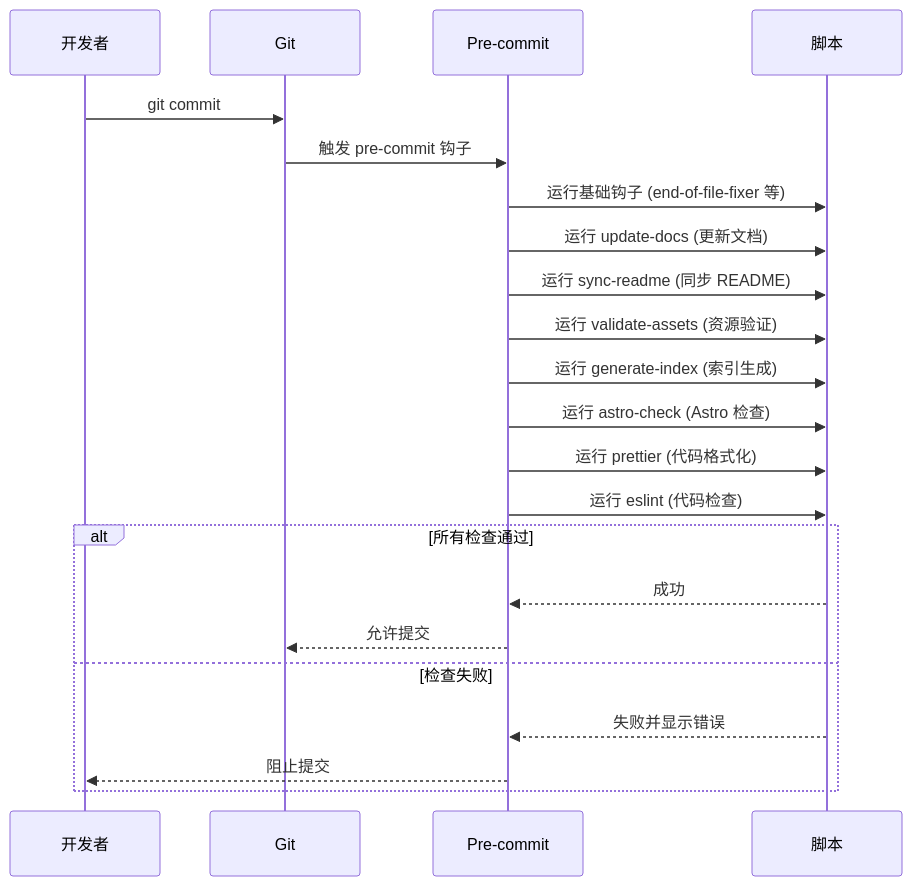
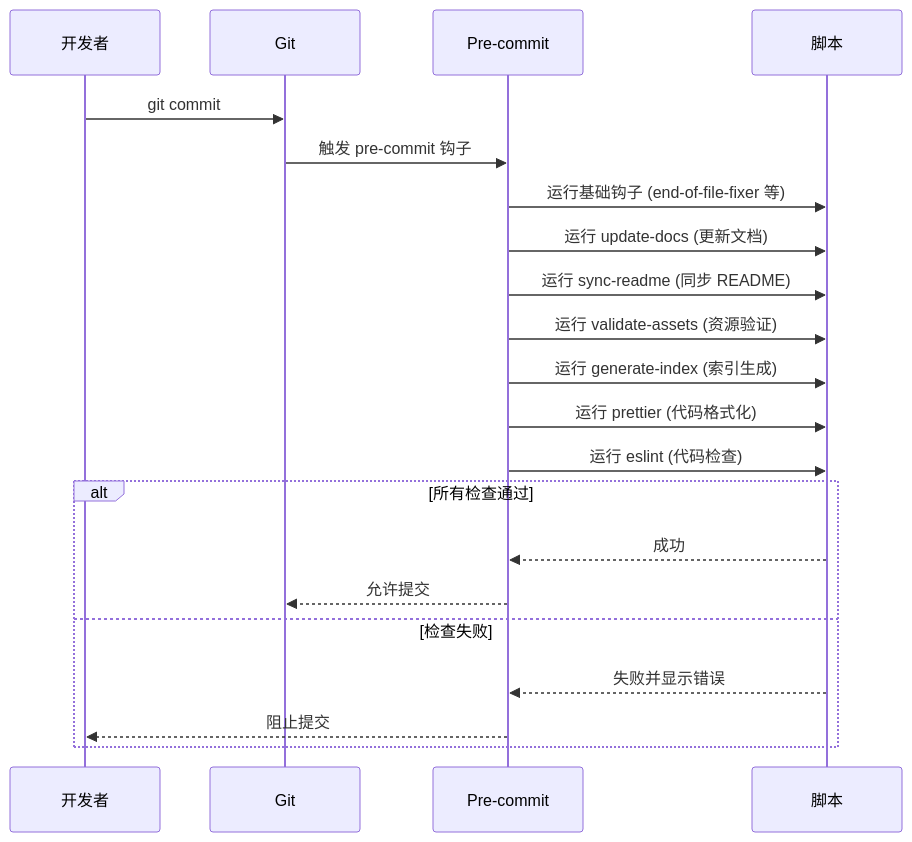
Before and after one commit to RendaZhang/rendazhang: the second of 2 diagrams in docs/guides/PRE_COMMIT_GUIDE.md, drawn with Mermaid. The commit also changed other lines of this file, not shown here.

Commit message:
Remove astro-check from pre-commit guide

````diff
--- a/docs/guides/PRE_COMMIT_GUIDE.md
+++ b/docs/guides/PRE_COMMIT_GUIDE.md
@@ -253,26 +229,25 @@
 ```mermaid
 sequenceDiagram
     participant D as 开发者
     participant G as Git
     participant P as Pre-commit
     participant S as 脚本
 
     D->>G: git commit
     G->>P: 触发 pre-commit 钩子
     P->>S: 运行基础钩子 (end-of-file-fixer 等)
     P->>S: 运行 update-docs (更新文档)
     P->>S: 运行 sync-readme (同步 README)
     P->>S: 运行 validate-assets (资源验证)
     P->>S: 运行 generate-index (索引生成)
-    P->>S: 运行 astro-check (Astro 检查)
     P->>S: 运行 prettier (代码格式化)
     P->>S: 运行 eslint (代码检查)
 
     alt 所有检查通过
         S-->>P: 成功
         P-->>G: 允许提交
     else 检查失败
         S-->>P: 失败并显示错误
         P-->>D: 阻止提交
     end
 ```
````
